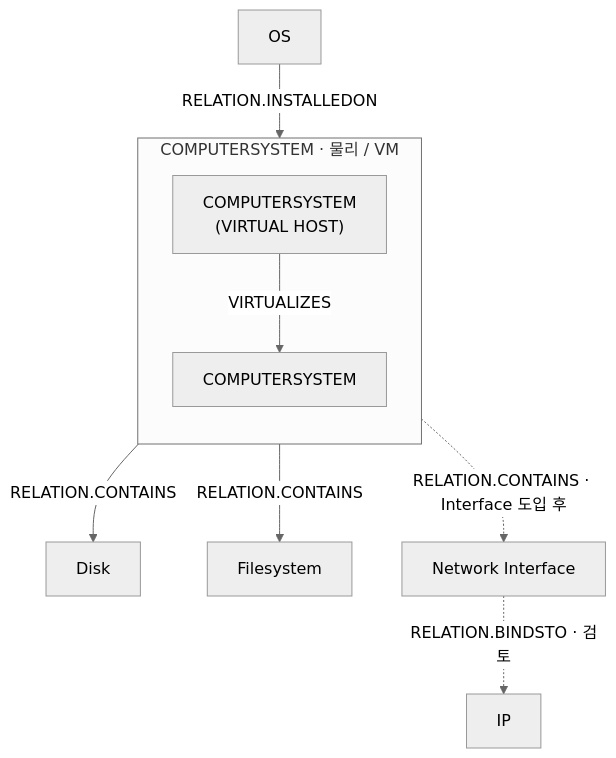
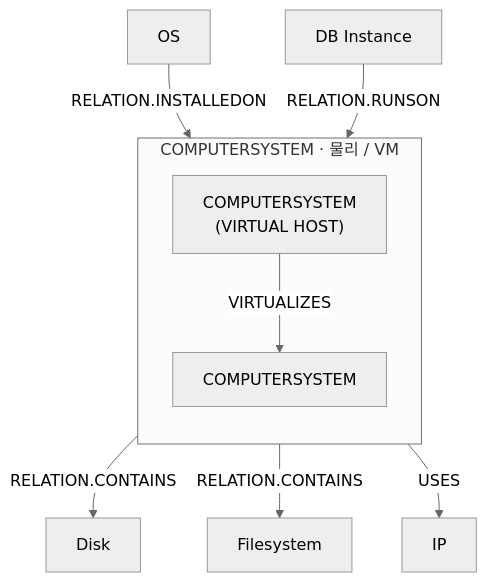
One commit to ka-MS/discovery-interface changed the diagram in docs/data-analysis/design/ci/relations.md. Above: the diagram before and after it, drawn with Mermaid (neutral theme). The commit also changed other lines of this file and 11 other files, not shown here.

````diff
--- a/docs/data-analysis/design/ci/relations.md
+++ b/docs/data-analysis/design/ci/relations.md
@@ -28,15 +31,15 @@
 ```mermaid
 flowchart TB
   subgraph C["COMPUTERSYSTEM · 물리 / VM"]
     direction TB
     H["COMPUTERSYSTEM<br/>(VIRTUAL HOST)"]
     V["COMPUTERSYSTEM"]
     H -->|"VIRTUALIZES"| V
   end
 
   O["OS"] -->|"RELATION.INSTALLEDON"| C
+  DBI["DB Instance"] -->|"RELATION.RUNSON"| C
   C -->|"RELATION.CONTAINS"| D["Disk"]
   C -->|"RELATION.CONTAINS"| F["Filesystem"]
-  C -.->|"RELATION.CONTAINS · Interface 도입 후"| N["Network Interface"]
-  N -.->|"RELATION.BINDSTO · 검토"| I["IP"]
+  C -->|"USES"| I["IP"]
 ```
````
